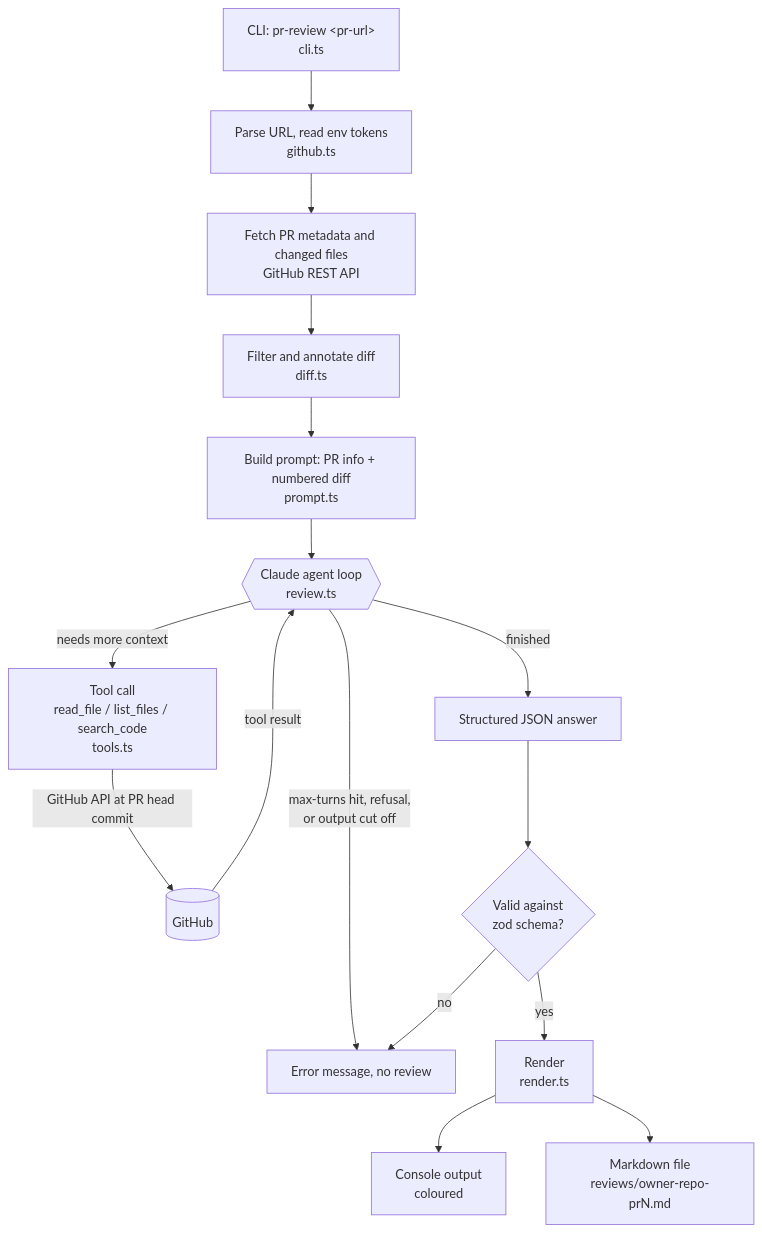
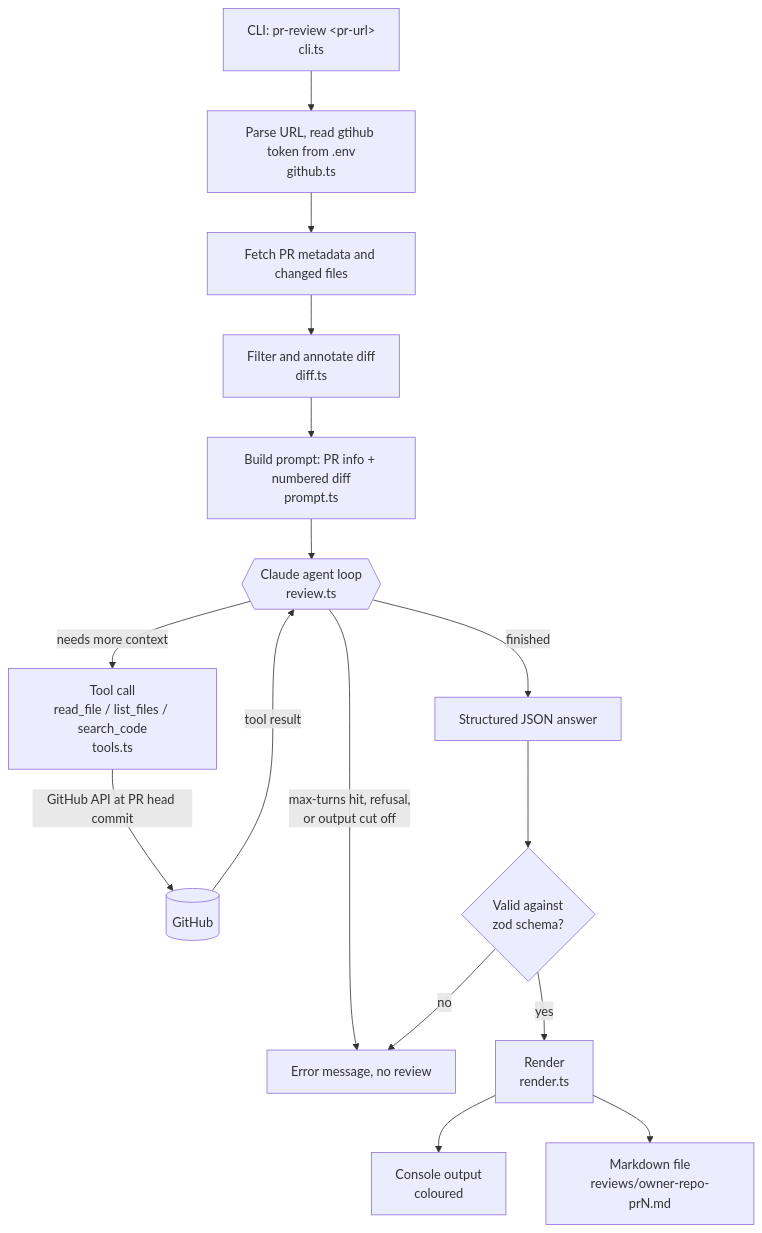
Before and after one commit to its-seraj/github-pr-review-agent: the diagram in README.md, drawn with Mermaid.

Commit message:
docs: update mermaid flowchart in README with accurate token and fetch descriptions

````diff
--- a/README.md
+++ b/README.md
@@ -64,18 +64,18 @@
 ```mermaid
 flowchart TD
-    A["CLI: pr-review &lt;pr-url&gt;<br/>cli.ts"] --> B["Parse URL, read env tokens<br/>github.ts"]
-    B --> C["Fetch PR metadata and changed files<br/>GitHub REST API"]
+    A["CLI: pr-review &lt;pr-url&gt;<br/>cli.ts"] --> B["Parse URL, read gtihub token from .env<br/>github.ts"]
+    B --> C["Fetch PR metadata and changed files"]
     C --> D["Filter and annotate diff<br/>diff.ts"]
     D --> E["Build prompt: PR info + numbered diff<br/>prompt.ts"]
     E --> F{{"Claude agent loop<br/>review.ts"}}
     F -->|"needs more context"| G["Tool call<br/>read_file / list_files / search_code<br/>tools.ts"]
     G -->|"GitHub API at PR head commit"| H[("GitHub")]
     H -->|"tool result"| F
     F -->|"finished"| I["Structured JSON answer"]
     F -->|"max-turns hit, refusal,<br/>or output cut off"| K["Error message, no review"]
     I --> J{"Valid against<br/>zod schema?"}
     J -->|"no"| K
     J -->|"yes"| L["Render<br/>render.ts"]
     L --> M["Console output<br/>coloured"]
     L --> N["Markdown file<br/>reviews/owner-repo-prN.md"]
 ```
````
